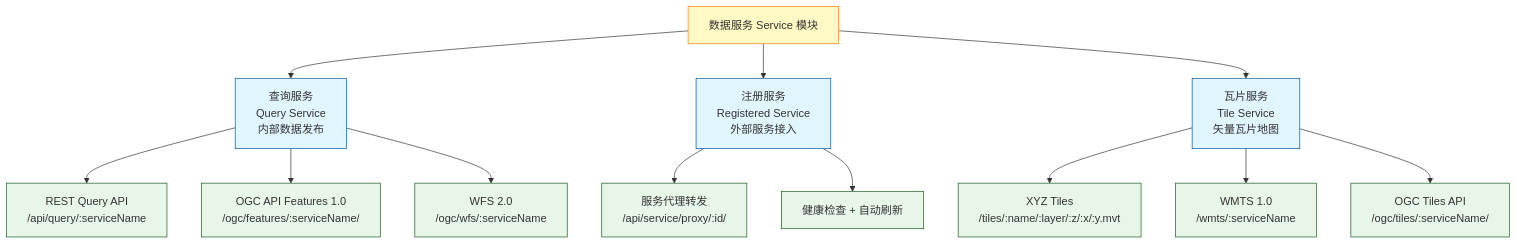
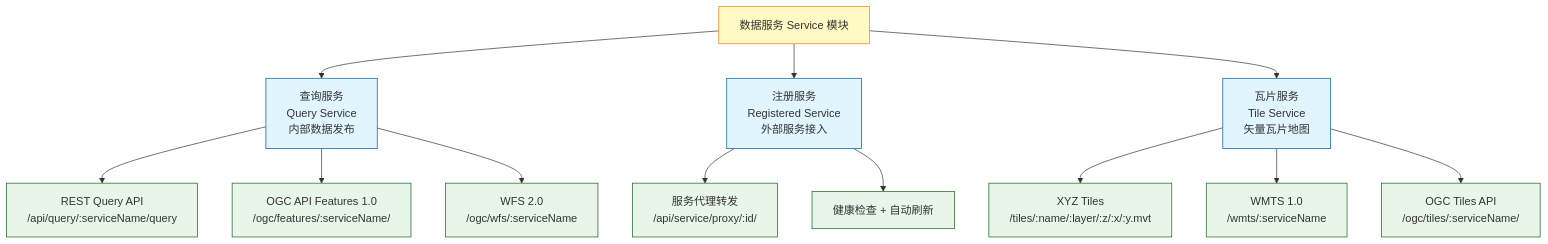
One commit to pampa0629/addp changed the first of 4 diagrams in docs/concepts/addp数据服务体系图.md. Above: the diagram before and after it, drawn with Mermaid. The commit also changed other lines of this file and 258 other files, not shown here.

````diff
--- a/docs/concepts/addp数据服务体系图.md
+++ b/docs/concepts/addp数据服务体系图.md
@@ -22,27 +22,27 @@
 ```mermaid
 graph TB
     Service[数据服务 Service 模块]
 
     Service --> QS[查询服务<br/>Query Service<br/>内部数据发布]
     Service --> RS[注册服务<br/>Registered Service<br/>外部服务接入]
     Service --> TS[瓦片服务<br/>Tile Service<br/>矢量瓦片地图]
 
-    QS --> QS_REST[REST Query API<br/>/api/query/:serviceName]
+    QS --> QS_REST[REST Query API<br/>/api/query/:serviceName/query]
     QS --> QS_OGC[OGC API Features 1.0<br/>/ogc/features/:serviceName/]
     QS --> QS_WFS[WFS 2.0<br/>/ogc/wfs/:serviceName]
 
     RS --> RS_PROXY[服务代理转发<br/>/api/service/proxy/:id/]
     RS --> RS_HEALTH[健康检查 + 自动刷新]
 
     TS --> TS_XYZ[XYZ Tiles<br/>/tiles/:name/:layer/:z/:x/:y.mvt]
     TS --> TS_WMTS[WMTS 1.0<br/>/wmts/:serviceName]
     TS --> TS_OGC[OGC Tiles API<br/>/ogc/tiles/:serviceName/]
 
     classDef root fill:#fff9c4,stroke:#f57f17
     classDef category fill:#e1f5ff,stroke:#01579b
     classDef endpoint fill:#e8f5e9,stroke:#1b5e20
 
     class Service root
     class QS,RS,TS category
     class QS_REST,QS_OGC,QS_WFS,RS_PROXY,RS_HEALTH,TS_XYZ,TS_WMTS,TS_OGC endpoint
 ```
````
